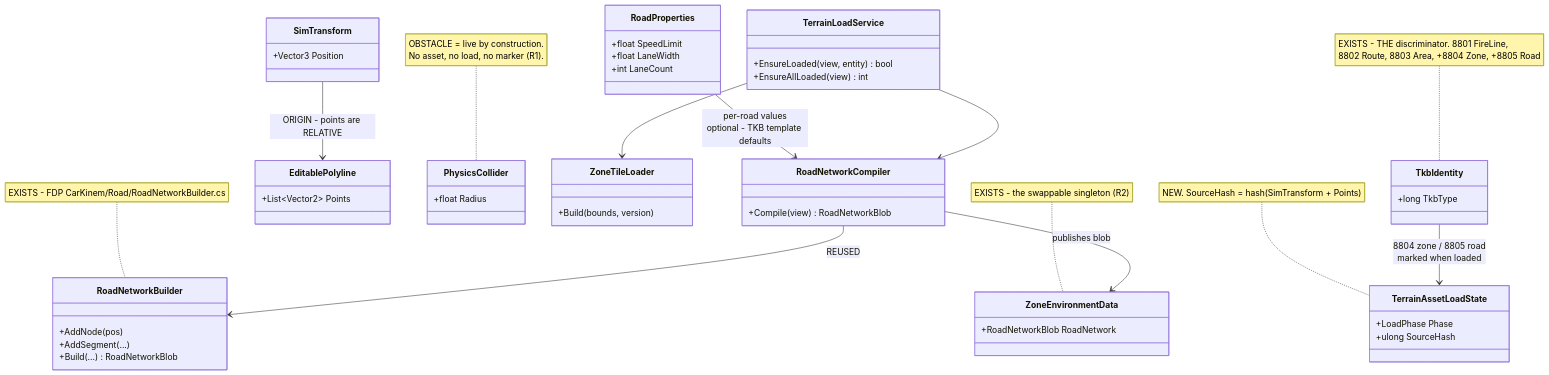
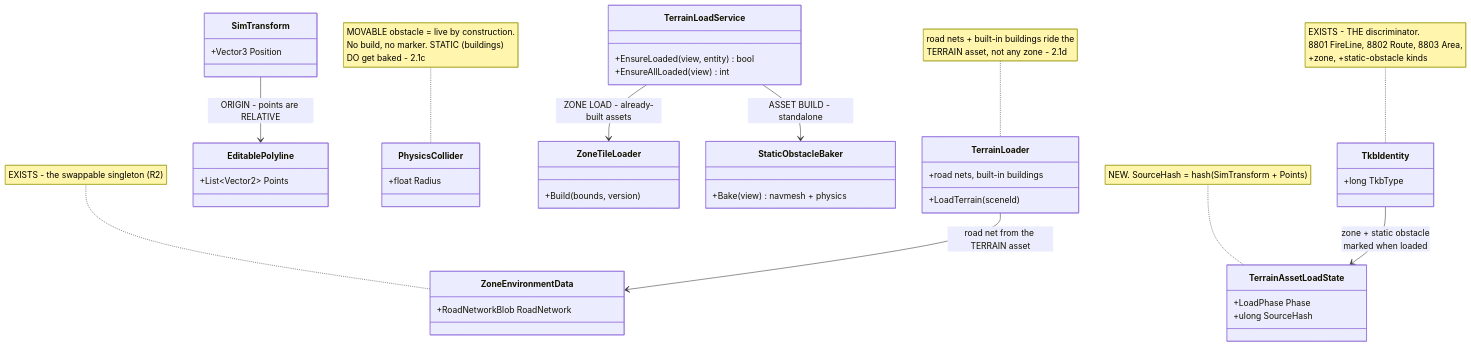
The first of 4 diagrams in docs/DESIGN_Terrain_Zones_And_Assets.md (pjanec/HROT), drawn with Mermaid before and after one commit. The commit also changed other lines of this file and 1 other file, not shown here.

First line of the commit message:
docs: retract the road half; separate zone load from asset build; narrow R1

````diff
--- a/docs/DESIGN_Terrain_Zones_And_Assets.md
+++ b/docs/DESIGN_Terrain_Zones_And_Assets.md
@@ -56,54 +56,46 @@
 ```mermaid
 classDiagram
   class TkbIdentity {
     +long TkbType
   }
   class SimTransform {
     +Vector3 Position
   }
   class EditablePolyline {
     +List~Vector2~ Points
   }
   class TerrainAssetLoadState {
     +LoadPhase Phase
     +ulong SourceHash
   }
-  class RoadProperties {
-    +float SpeedLimit
-    +float LaneWidth
-    +int LaneCount
-  }
   class PhysicsCollider {
     +float Radius
   }
   class TerrainLoadService {
     +EnsureLoaded(view, entity) bool
     +EnsureAllLoaded(view) int
   }
   class ZoneTileLoader {
     +Build(bounds, version)
   }
-  class RoadNetworkCompiler {
-    +Compile(view) RoadNetworkBlob
+  class StaticObstacleBaker {
+    +Bake(view) navmesh + physics
   }
-  class RoadNetworkBuilder {
-    +AddNode(pos)
-    +AddSegment(...)
-    +Build(...) RoadNetworkBlob
+  class TerrainLoader {
+    +LoadTerrain(sceneId)
+    +road nets, built-in buildings
   }
   class ZoneEnvironmentData {
     +RoadNetworkBlob RoadNetwork
   }
-  TkbIdentity --> TerrainAssetLoadState : 8804 zone / 8805 road<br/>marked when loaded
+  TkbIdentity --> TerrainAssetLoadState : zone + static obstacle<br/>marked when loaded
   SimTransform --> EditablePolyline : ORIGIN - points are RELATIVE
-  RoadProperties --> RoadNetworkCompiler : per-road values<br/>optional - TKB template defaults
-  TerrainLoadService --> ZoneTileLoader
-  TerrainLoadService --> RoadNetworkCompiler
-  RoadNetworkCompiler --> RoadNetworkBuilder : REUSED
-  RoadNetworkCompiler --> ZoneEnvironmentData : publishes blob
-  note for PhysicsCollider "OBSTACLE = live by construction.<br/>No asset, no load, no marker (R1)."
-  note for RoadNetworkBuilder "EXISTS - FDP CarKinem/Road/RoadNetworkBuilder.cs"
-  note for TkbIdentity "EXISTS - THE discriminator. 8801 FireLine,<br/>8802 Route, 8803 Area, +8804 Zone, +8805 Road"
+  TerrainLoadService --> ZoneTileLoader : ZONE LOAD - already-built assets
+  TerrainLoadService --> StaticObstacleBaker : ASSET BUILD - standalone
+  TerrainLoader --> ZoneEnvironmentData : road net from the TERRAIN asset
+  note for PhysicsCollider "MOVABLE obstacle = live by construction.<br/>No build, no marker. STATIC (buildings)<br/>DO get baked - 2.1c"
+  note for TerrainLoader "road nets + built-in buildings ride the<br/>TERRAIN asset, not any zone - 2.1d"
+  note for TkbIdentity "EXISTS - THE discriminator.<br/>8801 FireLine, 8802 Route, 8803 Area,<br/>+zone, +static-obstacle kinds"
   note for TerrainAssetLoadState "NEW. SourceHash = hash(SimTransform + Points)"
   note for ZoneEnvironmentData "EXISTS - the swappable singleton (R2)"
 ```
````
